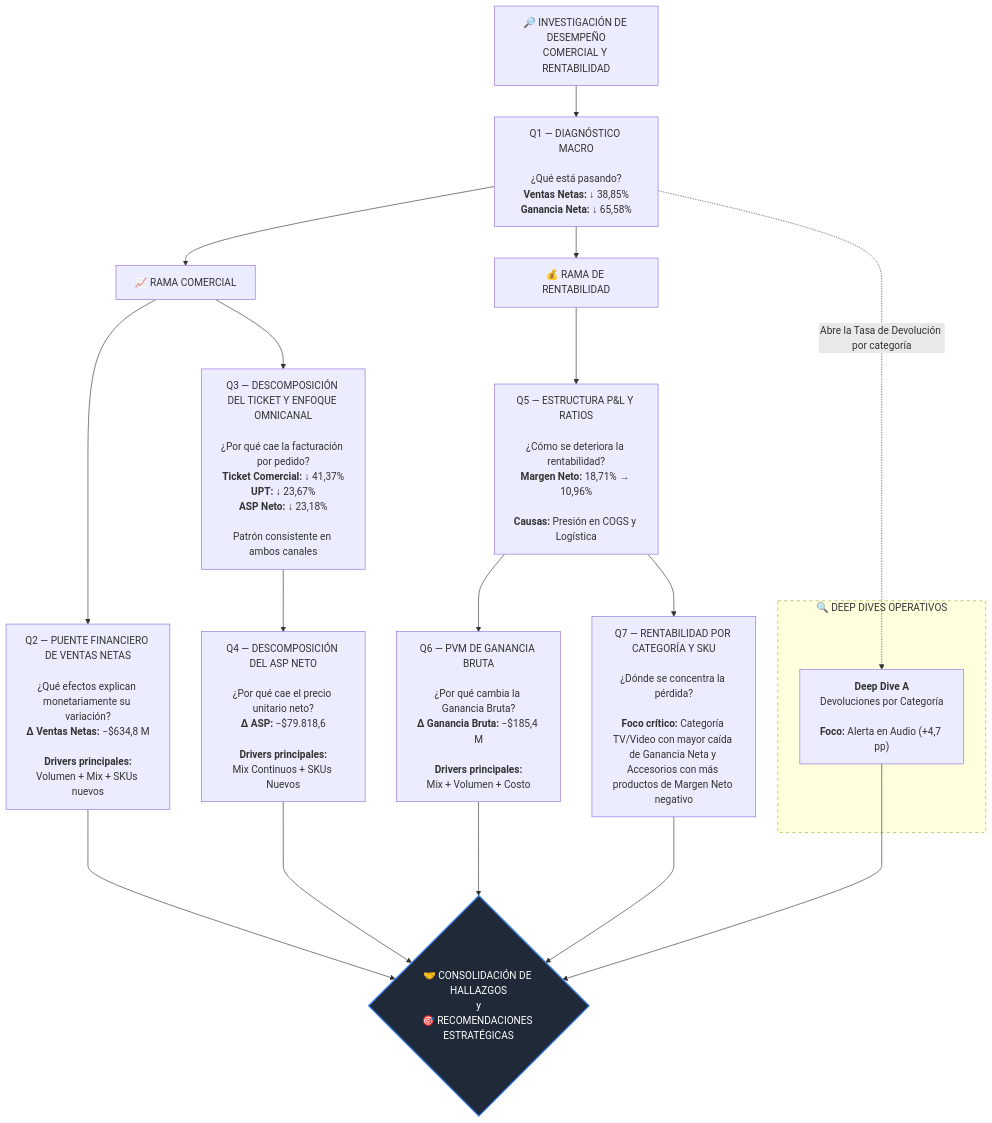
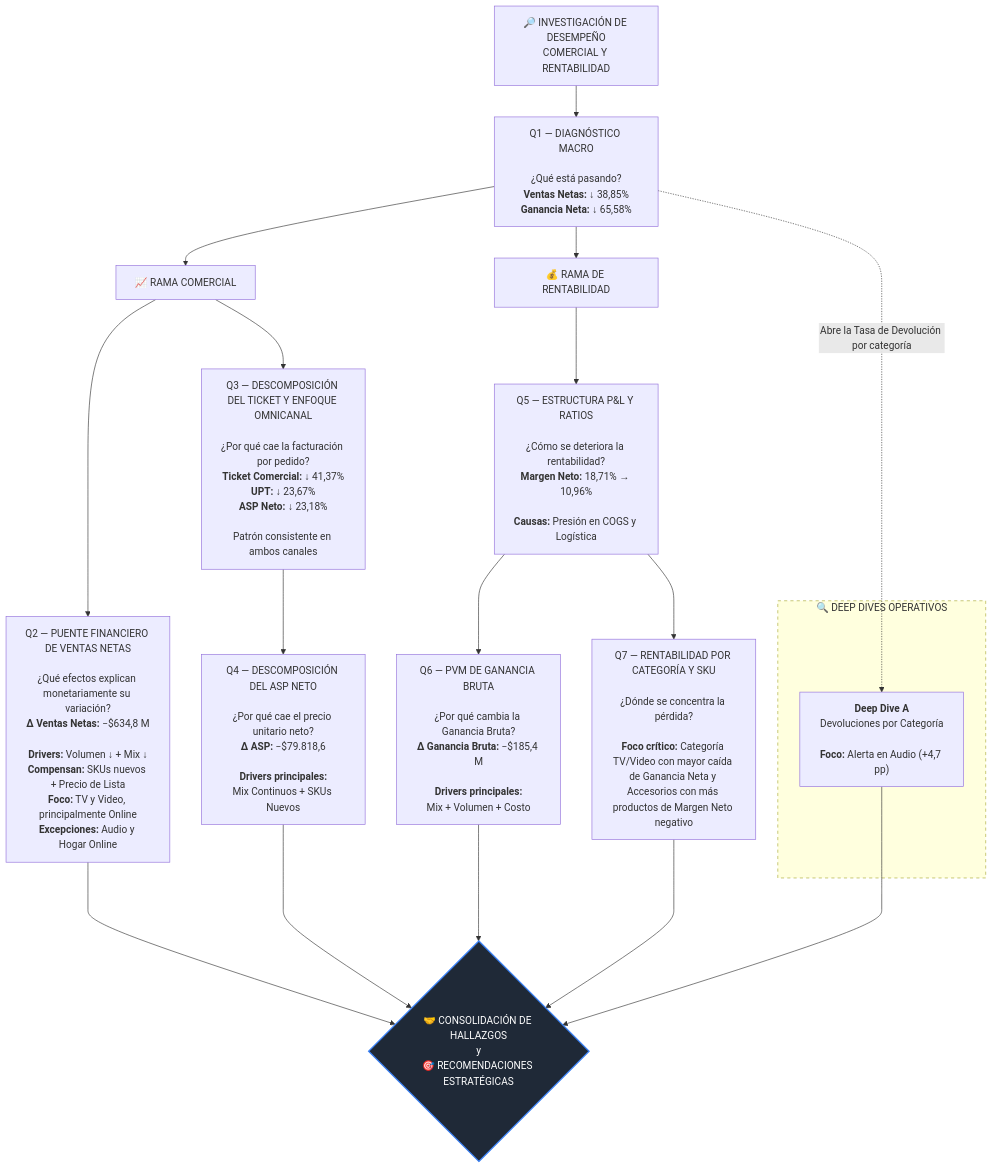
One commit to manticafacundoelian/dbt_elt_analytics changed the diagram in sql_business_analysis/README.md. Above: the diagram before and after it, drawn with Mermaid. The commit also changed other lines of this file, not shown here.

````diff
--- a/sql_business_analysis/README.md
+++ b/sql_business_analysis/README.md
@@ -31,43 +31,44 @@
 ```mermaid
 flowchart TD
 
     A["🔎 INVESTIGACIÓN DE DESEMPEÑO<br/>COMERCIAL Y RENTABILIDAD"]
 
     A --> B["Q1 — DIAGNÓSTICO MACRO<br/><br/>¿Qué está pasando?<br/><b>Ventas Netas:</b> ↓ 38,85%<br/><b>Ganancia Neta:</b> ↓ 65,58%"]
 
     B --> C["📈 RAMA COMERCIAL"]
     B --> E["💰 RAMA DE RENTABILIDAD"]
 
     %% Rama Comercial: Q2 y Q3→Q4 son lentes paralelos, no secuenciales
-    C --> C1["Q2 — PUENTE FINANCIERO DE VENTAS NETAS<br/><br/>¿Qué efectos explican monetariamente su variación?<br/><b>Δ Ventas Netas:</b> −$634,8 M<br/><br/><b>Drivers principales:</b><br/>Volumen + Mix + SKUs nuevos"]
+
+    C --> C1["Q2 — PUENTE FINANCIERO DE VENTAS NETAS<br/><br/>¿Qué efectos explican monetariamente su variación?<br/><b>Δ Ventas Netas:</b> −$634,8 M<br/><br/><b>Drivers:</b> Volumen ↓ + Mix ↓<br/><b>Compensan:</b> SKUs nuevos + Precio de Lista<br/><b>Foco:</b> TV y Video, principalmente Online<br/><b>Excepciones:</b> Audio y Hogar Online"]
 
     C --> C2["Q3 — DESCOMPOSICIÓN DEL TICKET Y ENFOQUE OMNICANAL<br/><br/>¿Por qué cae la facturación por pedido?<br/><b>Ticket Comercial:</b> ↓ 41,37%<br/><b>UPT:</b> ↓ 23,67%<br/><b>ASP Neto:</b> ↓ 23,18%<br/><br/>Patrón consistente en ambos canales"]
 
     C2 --> C3["Q4 — DESCOMPOSICIÓN DEL ASP NETO<br/><br/>¿Por qué cae el precio unitario neto?<br/><b>Δ ASP:</b> −$79.818,6<br/><br/><b>Drivers principales:</b><br/>Mix Continuos + SKUs Nuevos"]
 
     %% Rama de Rentabilidad: Q5 es la raíz, Q6 y Q7 son ramas paralelas
     E --> E1["Q5 — ESTRUCTURA P&L Y RATIOS<br/><br/>¿Cómo se deteriora la rentabilidad?<br/><b>Margen Neto:</b> 18,71% → 10,96%<br/><br/><b>Causas:</b> Presión en COGS y Logística"]
     
     E1 --> E2["Q6 — PVM DE GANANCIA BRUTA<br/><br/>¿Por qué cambia la Ganancia Bruta?<br/><b>Δ Ganancia Bruta:</b> −$185,4 M<br/><br/><b>Drivers principales:</b><br/>Mix + Volumen + Costo"]
     
     E1 --> E3["Q7 — RENTABILIDAD POR CATEGORÍA Y SKU<br/><br/>¿Dónde se concentra la pérdida?<br/><br/><b>Foco crítico:</b> Categoría TV/Video con mayor caída de Ganancia Neta y Accesorios con más productos de Margen Neto negativo"]
 
     %% El Deep Dive abre un dato ya presentado en Q1 (Tasa de Devolución)
     B -.->|Abre la Tasa de Devolución por categoría| H
 
     subgraph DEEP_DIVES ["🔍 DEEP DIVES OPERATIVOS"]
         H["<b>Deep Dive A</b><br/>Devoluciones por Categoría<br/><br/><b>Foco:</b> Alerta en Audio (+4,7 pp)"]
     end
 
     %% ==========================================
     %% EFECTO LLAVE ACOSTADA UNIFICADORA
     %% ==========================================
     C1 ---> LLAVE{" 🤝 CONSOLIDACIÓN DE HALLAZGOS<br/>y<br/>🎯 RECOMENDACIONES ESTRATÉGICAS"}
     C3 ---> LLAVE
     E2 ---> LLAVE
     E3 ---> LLAVE
     H  ---> LLAVE
 
     style LLAVE fill:#1f2937,stroke:#3b82f6,stroke-width:2px,color:#fff
     style DEEP_DIVES stroke-dasharray: 5 5
 ```
````
